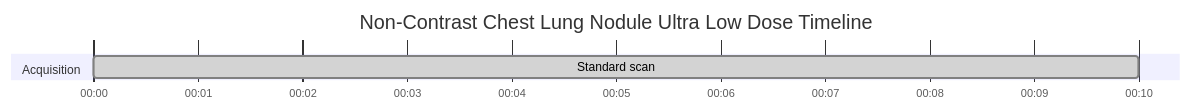
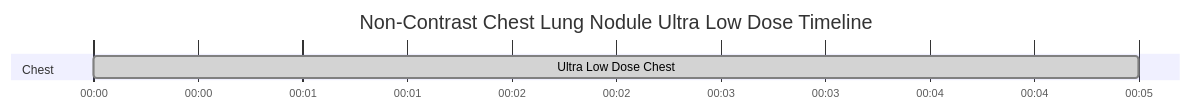
The diagram in docs/ct/chest/non-contrast-chest-lung-nodule-ultra-low-dose.md (dfergs93/radiology-protocols), drawn with Mermaid before and after one commit. The commit also changed 101 other files, not shown here.

````diff
--- a/docs/ct/chest/non-contrast-chest-lung-nodule-ultra-low-dose.md
+++ b/docs/ct/chest/non-contrast-chest-lung-nodule-ultra-low-dose.md
@@ -69,13 +69,15 @@
   ```mermaid
   ---
+  displayMode: compact
   config:
     theme: default
+    themeCSS: " #Saline{ fill: #4ed5ff; stroke: #2094f3; } "
   ---
     gantt
       title Non-Contrast Chest Lung Nodule Ultra Low Dose Timeline
       dateFormat mm:ss
       axisFormat %M:%S 
       
-      section Acquisition
-      Standard scan    :done, scan1, 00:00, 10s
+      section Chest
+      Ultra Low Dose Chest    :done, scan1, 00:00, 5s
   ```
````
